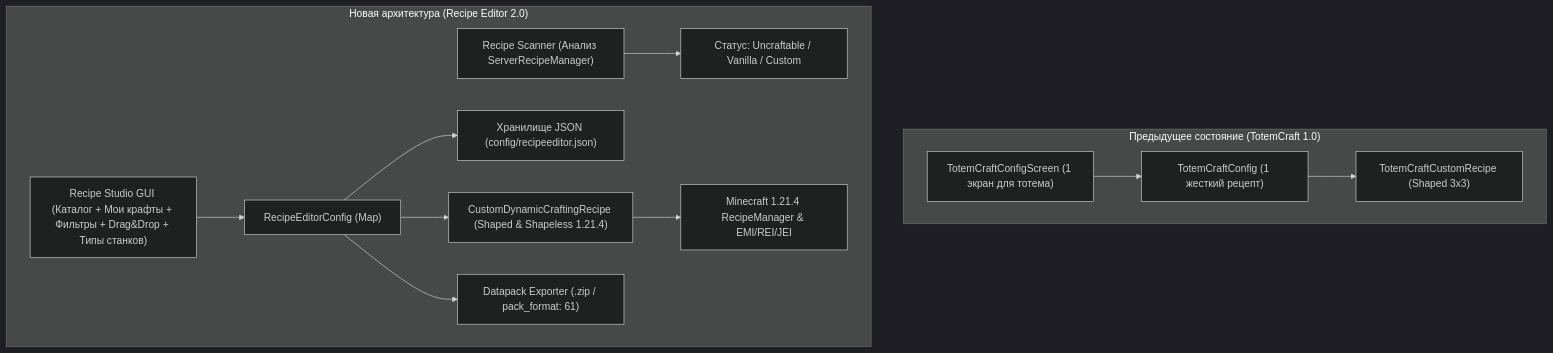
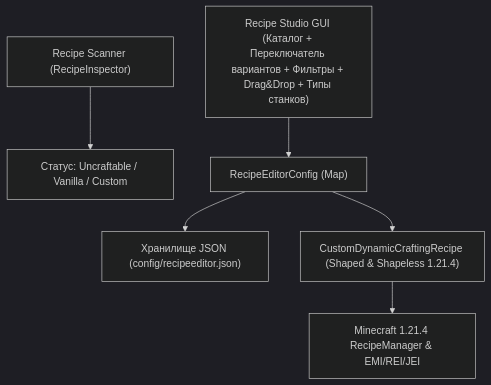
Before and after one commit to byMr712/MrRecipeEditor-1.21.4-MinecraftMod: the diagram in AGENTS.md, drawn with Mermaid (dark theme). The commit also changed other lines of this file and 7 other files, not shown here.

Commit message:
refactor: remove datapack exporter, optimize ingredient matching, and support multi-recipe storage

````diff
--- a/AGENTS.md
+++ b/AGENTS.md
@@ -23,16 +24,8 @@
 ```mermaid
 flowchart TD
-    subgraph Old["Предыдущее состояние (TotemCraft 1.0)"]
-        OldConfig["TotemCraftConfig (1 жесткий рецепт)"] --> OldRecipe["TotemCraftCustomRecipe (Shaped 3x3)"]
-        OldGUI["TotemCraftConfigScreen (1 экран для тотема)"] --> OldConfig
-    end
-
-    subgraph New["Новая архитектура (Recipe Editor 2.0)"]
-        Scanner["Recipe Scanner (Анализ ServerRecipeManager)"] --> Status["Статус: Uncraftable / Vanilla / Custom"]
-        GUI["Recipe Studio GUI (Каталог + Мои крафты + Фильтры + Drag&Drop + Типы станков)"] --> RecipeStore["RecipeEditorConfig (Map<String, CustomRecipeData>)"]
-        RecipeStore --> JsonStorage["Хранилище JSON (config/recipeeditor.json)"]
-        RecipeStore --> DynamicEngine["CustomDynamicCraftingRecipe (Shaped & Shapeless 1.21.4)"]
-        RecipeStore --> DatapackExporter["Datapack Exporter (.zip / pack_format: 61)"]
-        DynamicEngine --> VanillaRecipeManager["Minecraft 1.21.4 RecipeManager & EMI/REI/JEI"]
-    end
+    Scanner["Recipe Scanner (RecipeInspector)"] --> Status["Статус: Uncraftable / Vanilla / Custom"]
+    GUI["Recipe Studio GUI (Каталог + Переключатель вариантов + Фильтры + Drag&Drop + Типы станков)"] --> RecipeStore["RecipeEditorConfig (Map<String, CustomRecipeData>)"]
+    RecipeStore --> JsonStorage["Хранилище JSON (config/recipeeditor.json)"]
+    RecipeStore --> DynamicEngine["CustomDynamicCraftingRecipe (Shaped & Shapeless 1.21.4)"]
+    DynamicEngine --> VanillaRecipeManager["Minecraft 1.21.4 RecipeManager & EMI/REI/JEI"]
 ```
````
